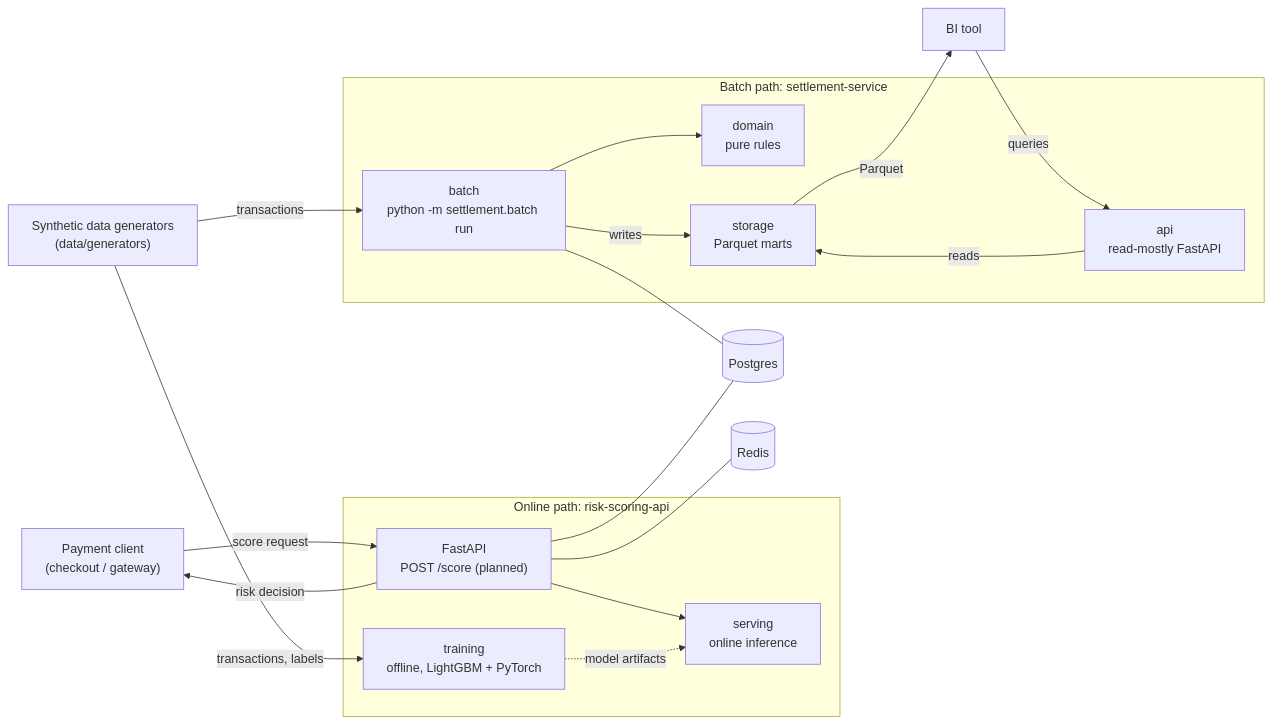
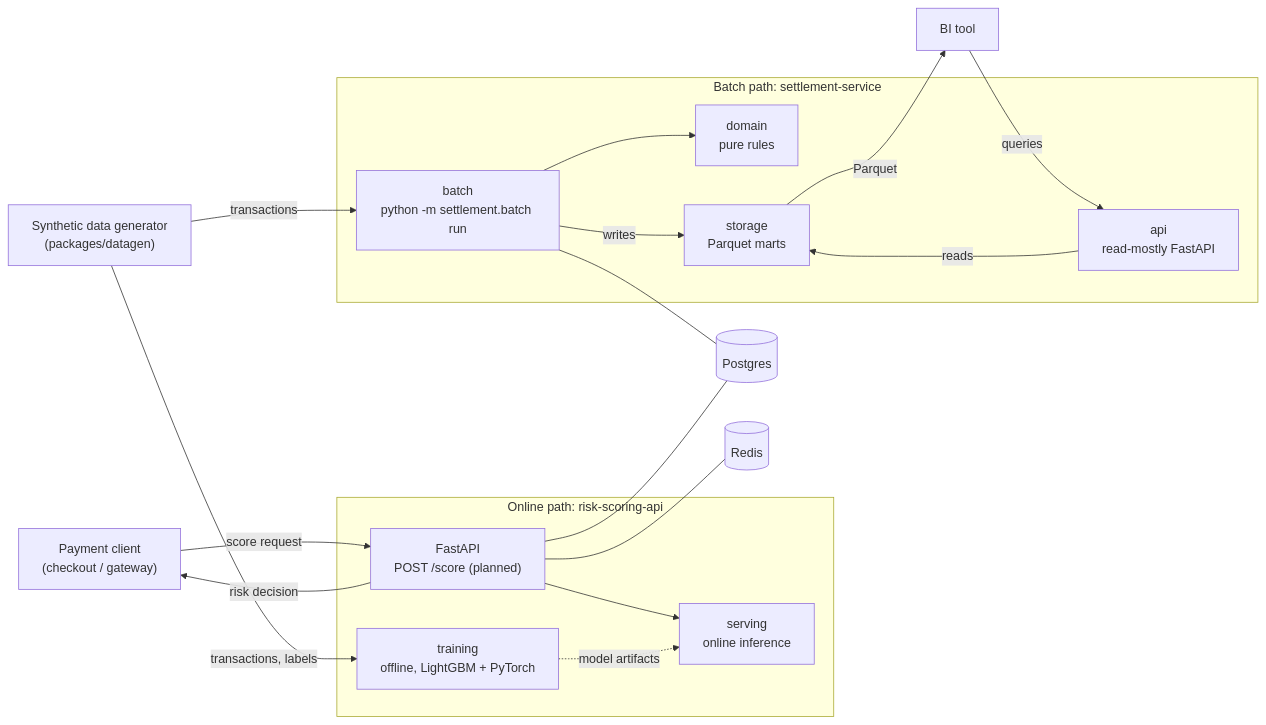
The diagram in docs/architecture.md (bdnog/payments-ml-data-lab), drawn with Mermaid before and after one commit. The commit also changed other lines of this file and 9 other files, not shown here.

````diff
--- a/docs/architecture.md
+++ b/docs/architecture.md
@@ -14,37 +15,37 @@
 ```mermaid
 flowchart LR
-    gen["Synthetic data generators<br/>(data/generators)"]
+    gen["Synthetic data generator<br/>(packages/datagen)"]
     client["Payment client<br/>(checkout / gateway)"]
     bi["BI tool"]
 
     subgraph online["Online path: risk-scoring-api"]
         risk["FastAPI<br/>POST /score (planned)"]
         serving["serving<br/>online inference"]
         training["training<br/>offline, LightGBM + PyTorch"]
         risk --> serving
         training -.->|model artifacts| serving
     end
 
     subgraph batch["Batch path: settlement-service"]
         job["batch<br/>python -m settlement.batch run"]
         domain["domain<br/>pure rules"]
         store["storage<br/>Parquet marts"]
         sapi["api<br/>read-mostly FastAPI"]
         job --> domain
         job -->|writes| store
         sapi -->|reads| store
     end
 
     pg[("Postgres")]
     rd[("Redis")]
 
     gen -->|transactions, labels| training
     gen -->|transactions| job
     client -->|score request| risk
     risk -->|risk decision| client
     risk --- rd
     risk --- pg
     job --- pg
     store -->|Parquet| bi
     bi -->|queries| sapi
 ```
````
